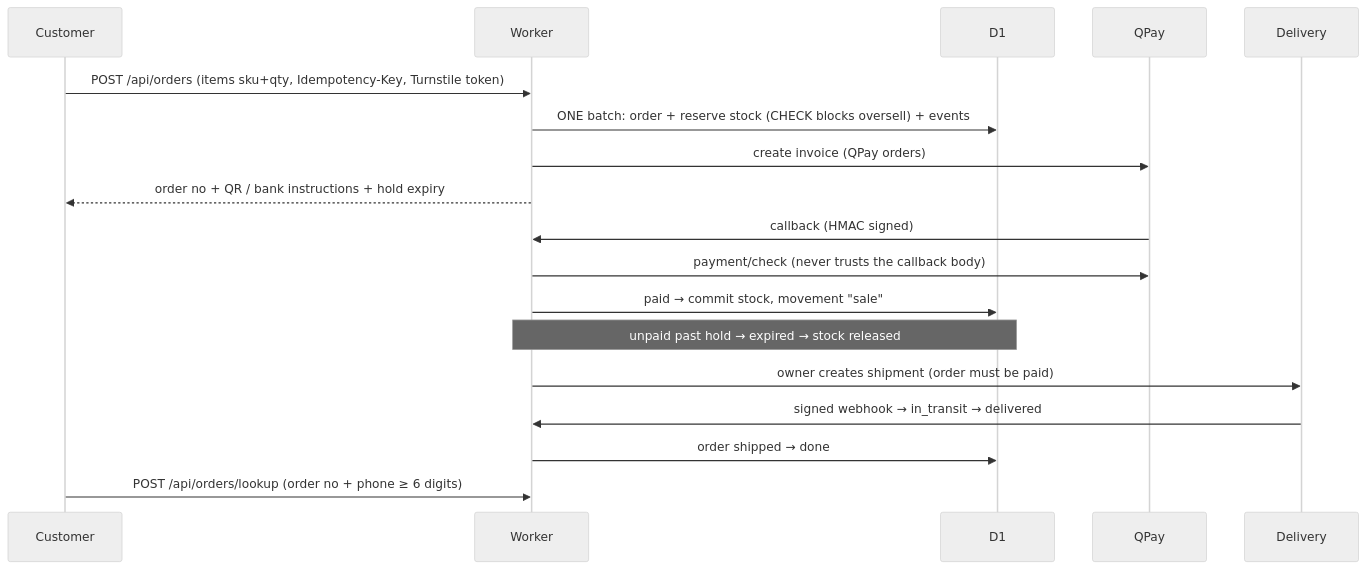
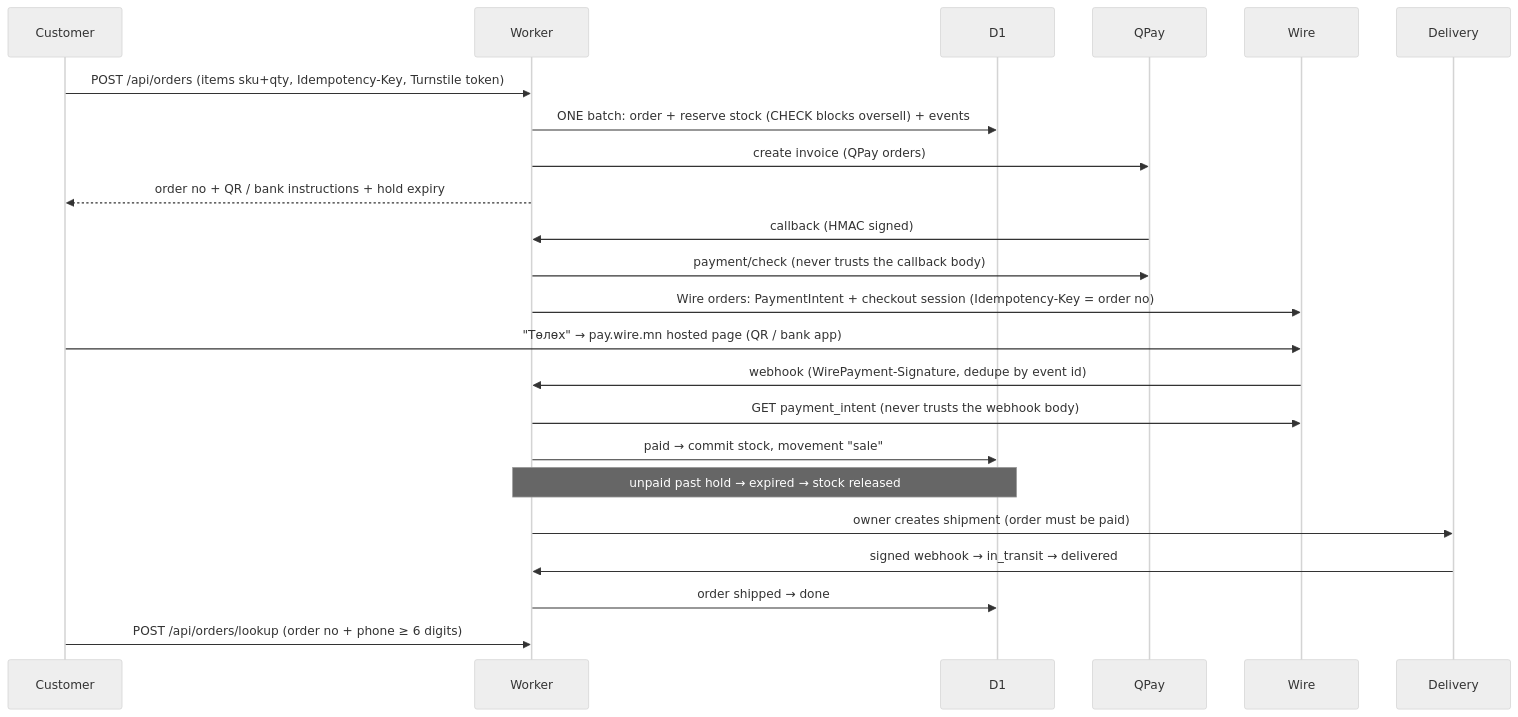
The second of 2 diagrams in docs/ARCHITECTURE.md (shugden-tech/online-shopping), drawn with Mermaid (neutral theme) before and after one commit. The commit also changed other lines of this file and 5 other files, not shown here.

First line of the commit message:
Wire: CONTRACTS §11, architecture, context, progress (Opus), config

````diff
--- a/docs/ARCHITECTURE.md
+++ b/docs/ARCHITECTURE.md
@@ -65,20 +65,25 @@
 ```mermaid
 sequenceDiagram
   participant C as Customer
   participant W as Worker
   participant D as D1
   participant Q as QPay
+  participant X as Wire
   participant L as Delivery
   C->>W: POST /api/orders (items sku+qty, Idempotency-Key, Turnstile token)
   W->>D: ONE batch: order + reserve stock (CHECK blocks oversell) + events
   W->>Q: create invoice (QPay orders)
   W-->>C: order no + QR / bank instructions + hold expiry
   Q->>W: callback (HMAC signed)
   W->>Q: payment/check (never trusts the callback body)
+  W->>X: Wire orders: PaymentIntent + checkout session (Idempotency-Key = order no)
+  C->>X: "Төлөх" → pay.wire.mn hosted page (QR / bank app)
+  X->>W: webhook (WirePayment-Signature, dedupe by event id)
+  W->>X: GET payment_intent (never trusts the webhook body)
   W->>D: paid → commit stock, movement "sale"
   Note over W,D: unpaid past hold → expired → stock released
   W->>L: owner creates shipment (order must be paid)
   L->>W: signed webhook → in_transit → delivered
   W->>D: order shipped → done
   C->>W: POST /api/orders/lookup (order no + phone ≥ 6 digits)
 ```
````
